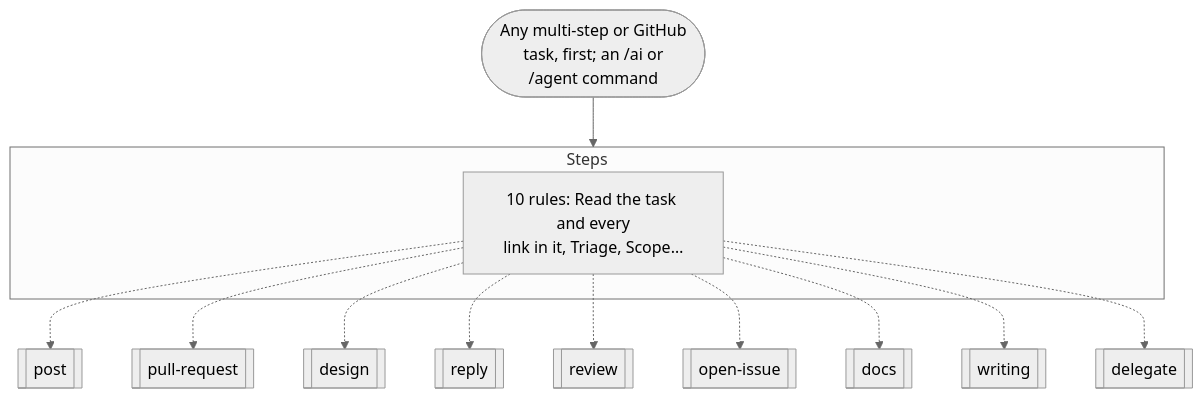
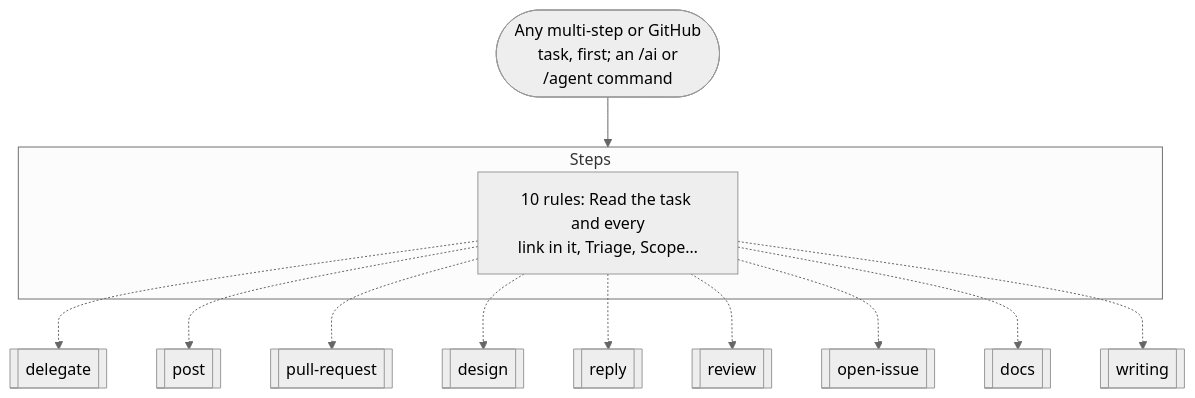
Before and after one commit to nitedani/mergeworthy: the first of 19 diagrams in docs/graphs.md, drawn with Mermaid (neutral theme). The commit also changed other lines of this file and 25 other files, not shown here.

````diff
--- a/docs/graphs.md
+++ b/docs/graphs.md
@@ -31,17 +31,17 @@
 ```mermaid
 flowchart TB
   start(["Any multi-step or GitHub<br/>task, first; an /ai or<br/>/agent command"])
   subgraph g0["Steps"]
     s0["10 rules: Read the task and every<br/>link in it, Triage, Scope…"]
   end
-  s0 -.-> r1[["post"]]
-  s0 -.-> r2[["pull-request"]]
-  s0 -.-> r3[["design"]]
-  s0 -.-> r4[["reply"]]
-  s0 -.-> r5[["review"]]
-  s0 -.-> r6[["open-issue"]]
-  s0 -.-> r7[["docs"]]
-  s0 -.-> r8[["writing"]]
-  s0 -.-> r9[["delegate"]]
+  s0 -.-> r1[["delegate"]]
+  s0 -.-> r2[["post"]]
+  s0 -.-> r3[["pull-request"]]
+  s0 -.-> r4[["design"]]
+  s0 -.-> r5[["reply"]]
+  s0 -.-> r6[["review"]]
+  s0 -.-> r7[["open-issue"]]
+  s0 -.-> r8[["docs"]]
+  s0 -.-> r9[["writing"]]
   start --> g0
 ```
````
